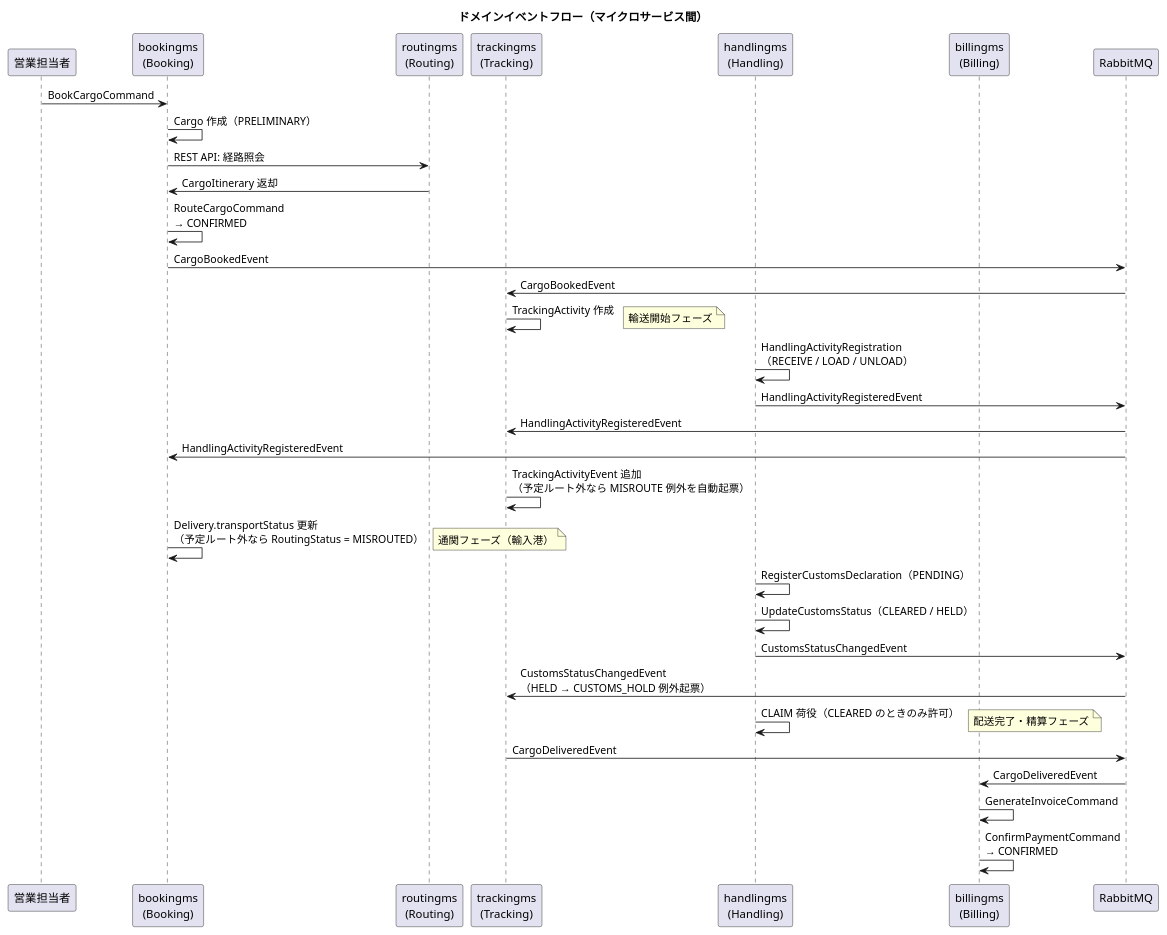
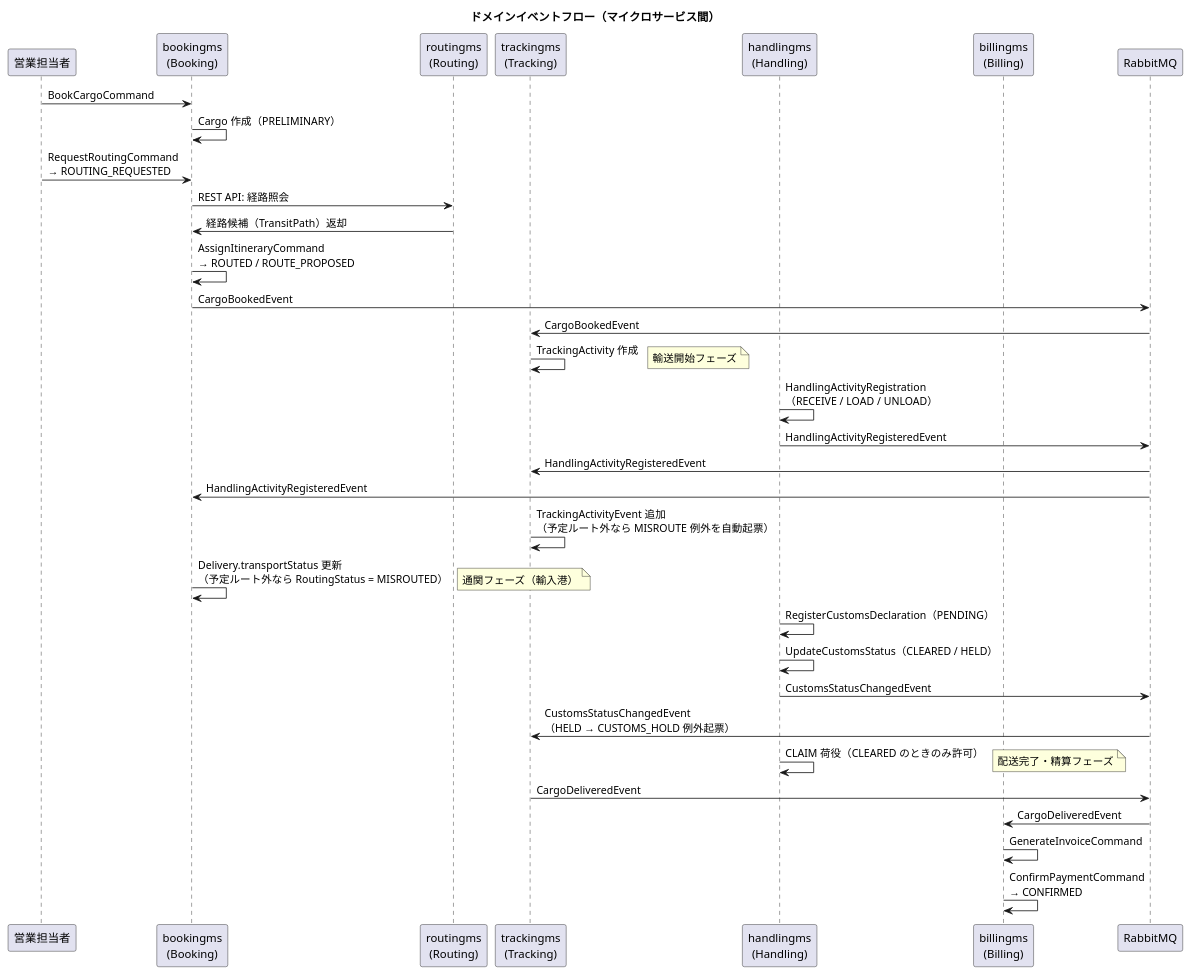
Before and after one commit to k2works/case-study-cargo-tracker: the tenth of 10 diagrams in docs/design/domain-model.md, drawn with PlantUML. The commit also changed other lines of this file and 11 other files, not shown here.

````diff
--- a/docs/design/domain-model.md
+++ b/docs/design/domain-model.md
@@ -1373,47 +1376,48 @@
 ```plantuml
 @startuml
 title ドメインイベントフロー（マイクロサービス間）
 
 participant "営業担当者" as sales
 participant "bookingms\n(Booking)" as booking
 participant "routingms\n(Routing)" as routing
 participant "trackingms\n(Tracking)" as tracking
 participant "handlingms\n(Handling)" as handling
 participant "billingms\n(Billing)" as billing
 participant "RabbitMQ" as mq
 
 sales -> booking : BookCargoCommand
 booking -> booking : Cargo 作成（PRELIMINARY）
+sales -> booking : RequestRoutingCommand\n→ ROUTING_REQUESTED
 booking -> routing : REST API: 経路照会
-routing -> booking : CargoItinerary 返却
-booking -> booking : RouteCargoCommand\n→ CONFIRMED
+routing -> booking : 経路候補（TransitPath）返却
+booking -> booking : AssignItineraryCommand\n→ ROUTED / ROUTE_PROPOSED
 booking -> mq : CargoBookedEvent
 mq -> tracking : CargoBookedEvent
 tracking -> tracking : TrackingActivity 作成
 
 note right : 輸送開始フェーズ
 
 handling -> handling : HandlingActivityRegistration\n（RECEIVE / LOAD / UNLOAD）
 handling -> mq : HandlingActivityRegisteredEvent
 mq -> tracking : HandlingActivityRegisteredEvent
 mq -> booking : HandlingActivityRegisteredEvent
 tracking -> tracking : TrackingActivityEvent 追加\n（予定ルート外なら MISROUTE 例外を自動起票）
 booking -> booking : Delivery.transportStatus 更新\n（予定ルート外なら RoutingStatus = MISROUTED）
 
 note right : 通関フェーズ（輸入港）
 
 handling -> handling : RegisterCustomsDeclaration（PENDING）
 handling -> handling : UpdateCustomsStatus（CLEARED / HELD）
 handling -> mq : CustomsStatusChangedEvent
 mq -> tracking : CustomsStatusChangedEvent\n（HELD → CUSTOMS_HOLD 例外起票）
 handling -> handling : CLAIM 荷役（CLEARED のときのみ許可）
 
 note right : 配送完了・精算フェーズ
 
 tracking -> mq : CargoDeliveredEvent
 mq -> billing : CargoDeliveredEvent
 billing -> billing : GenerateInvoiceCommand
 billing -> billing : ConfirmPaymentCommand\n→ CONFIRMED
 
 @enduml
 ```
````
